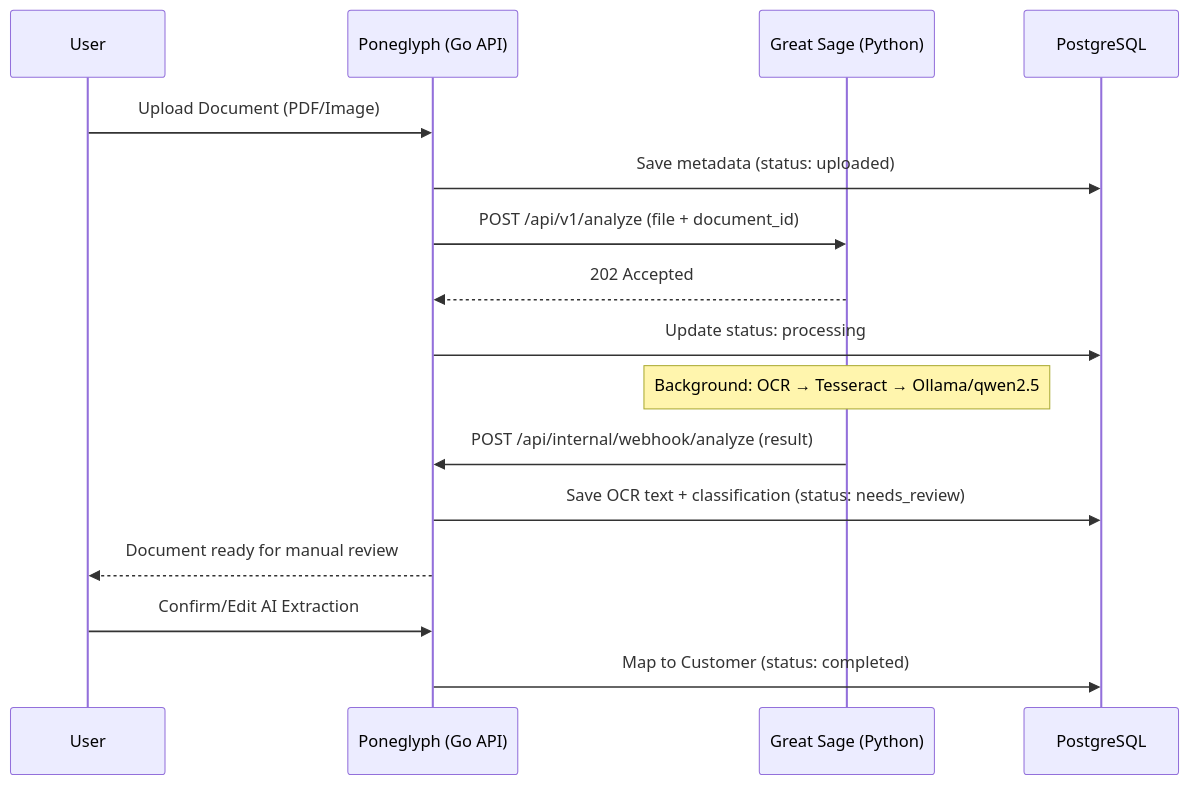
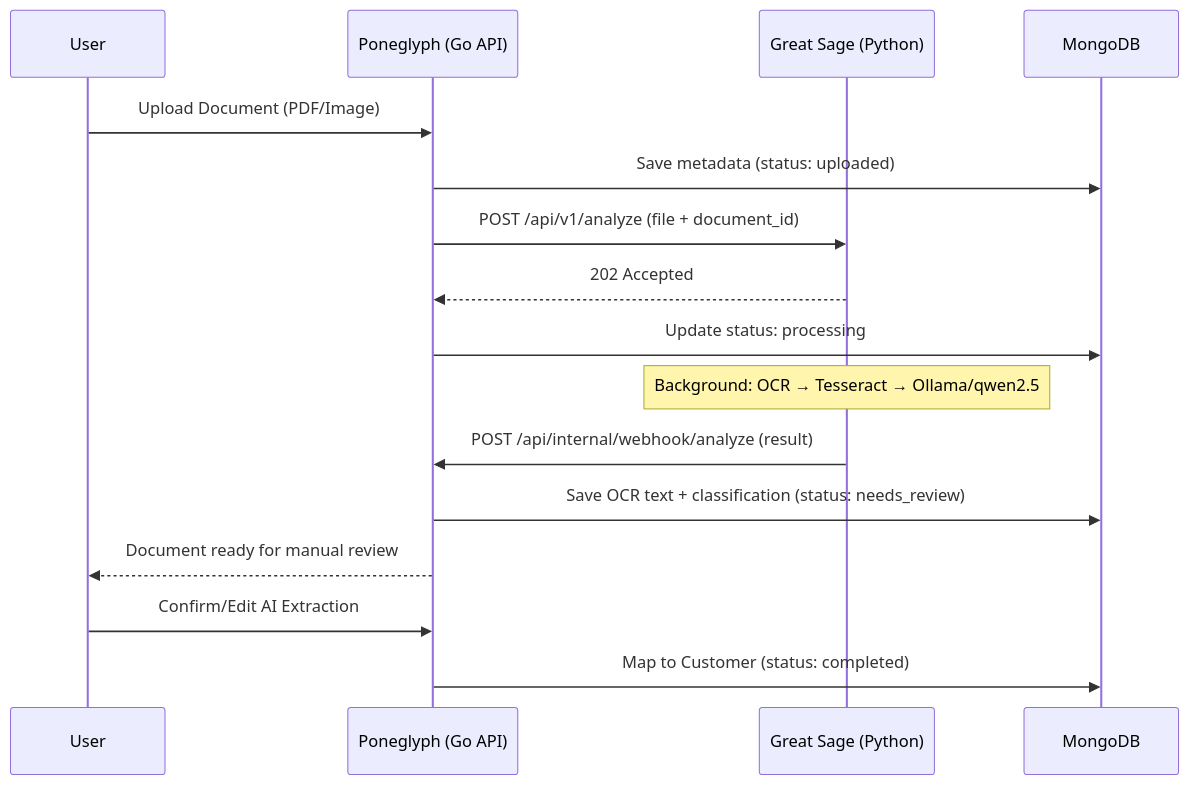
The diagram in README.md (gi-server/poneglyph), drawn with Mermaid before and after one commit. The commit also changed other lines of this file and 19 other files, not shown here.

````diff
--- a/README.md
+++ b/README.md
@@ -57,19 +57,19 @@
 ```mermaid
 sequenceDiagram
     participant User
     participant GoAPI as Poneglyph (Go API)
     participant GS as Great Sage (Python)
-    participant DB as PostgreSQL
+    participant DB as MongoDB
 
     User->>GoAPI: Upload Document (PDF/Image)
     GoAPI->>DB: Save metadata (status: uploaded)
     GoAPI->>GS: POST /api/v1/analyze (file + document_id)
     GS-->>GoAPI: 202 Accepted
     GoAPI->>DB: Update status: processing
     Note over GS: Background: OCR → Tesseract → Ollama/qwen2.5
     GS->>GoAPI: POST /api/internal/webhook/analyze (result)
     GoAPI->>DB: Save OCR text + classification (status: needs_review)
     GoAPI-->>User: Document ready for manual review
     User->>GoAPI: Confirm/Edit AI Extraction
     GoAPI->>DB: Map to Customer (status: completed)
 ```
````
